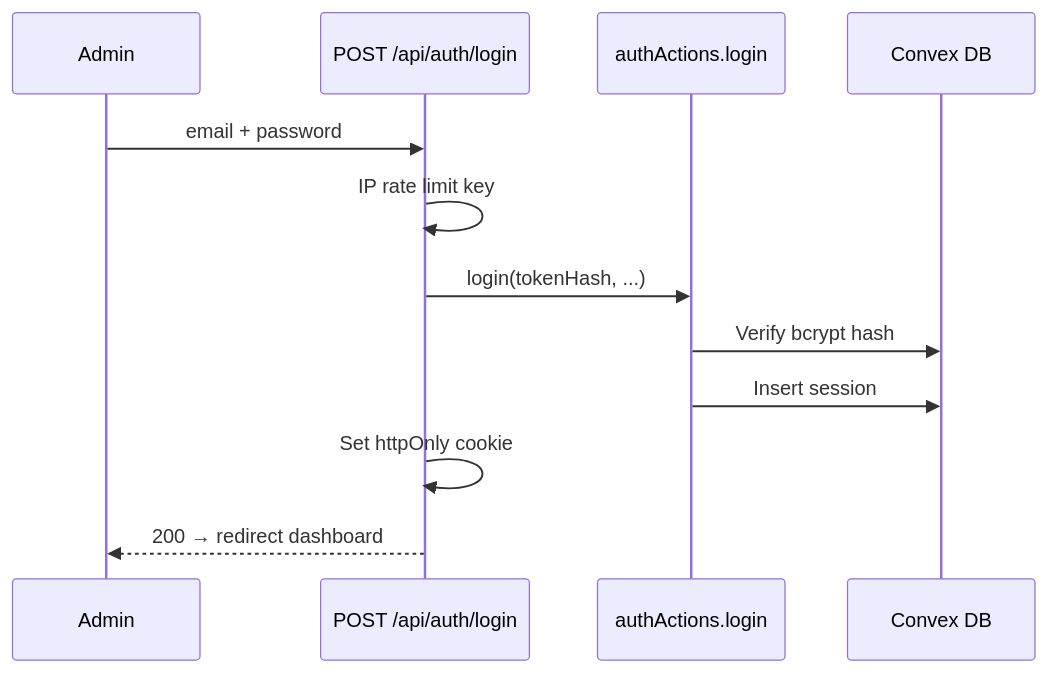
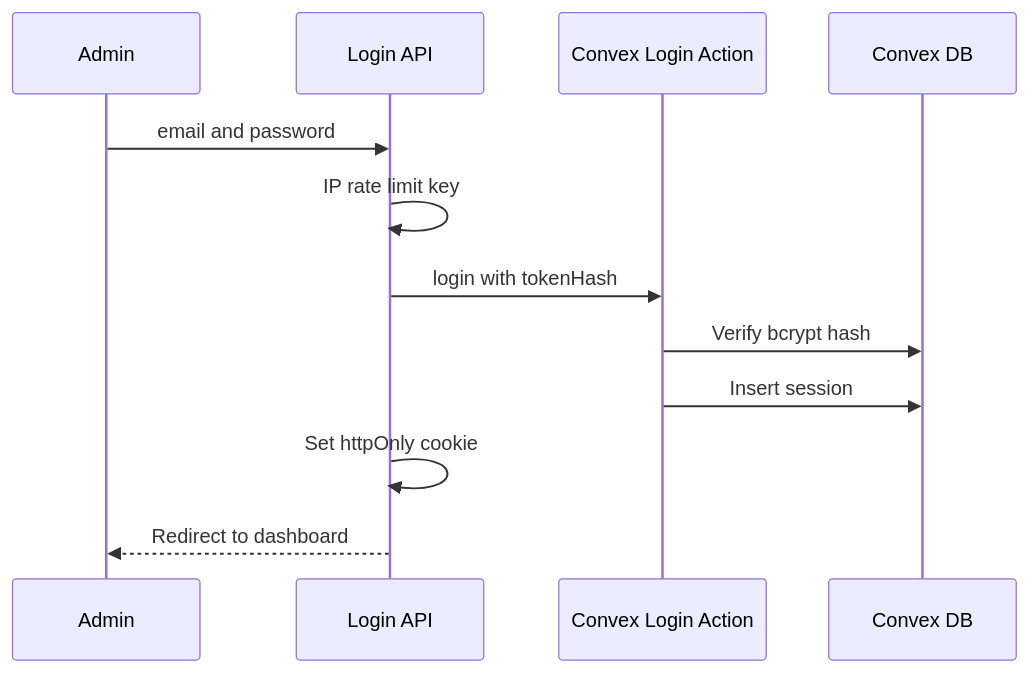
Before and after one commit to mawlid1431/Portfolio: the sixth of 15 diagrams in README.md, drawn with Mermaid. The commit also changed other lines of this file, not shown here.

````diff
--- a/README.md
+++ b/README.md
@@ -395,15 +413,15 @@
 ```mermaid
 sequenceDiagram
   participant A as Admin
-  participant L as POST /api/auth/login
-  participant C as authActions.login
+  participant L as Login API
+  participant C as Convex Login Action
   participant DB as Convex DB
 
-  A->>L: email + password
+  A->>L: email and password
   L->>L: IP rate limit key
-  L->>C: login(tokenHash, ...)
+  L->>C: login with tokenHash
   C->>DB: Verify bcrypt hash
   C->>DB: Insert session
   L->>L: Set httpOnly cookie
-  L-->>A: 200 → redirect dashboard
+  L-->>A: Redirect to dashboard
 ```
````
